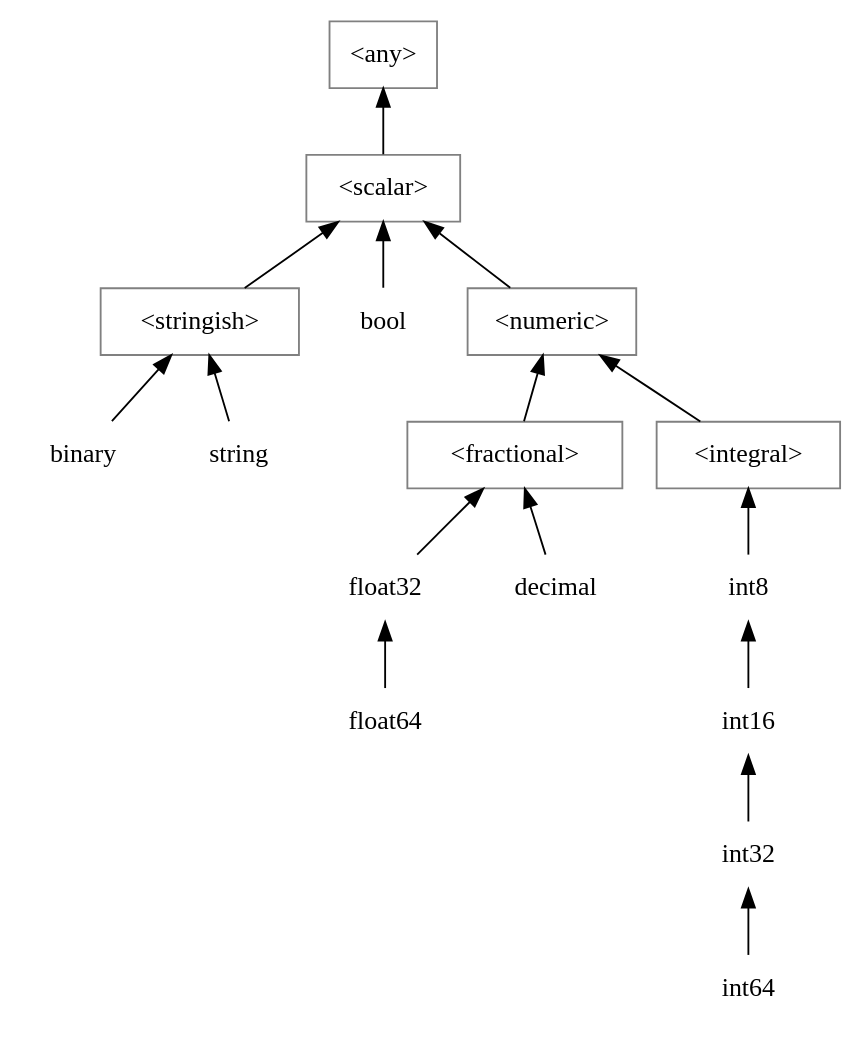
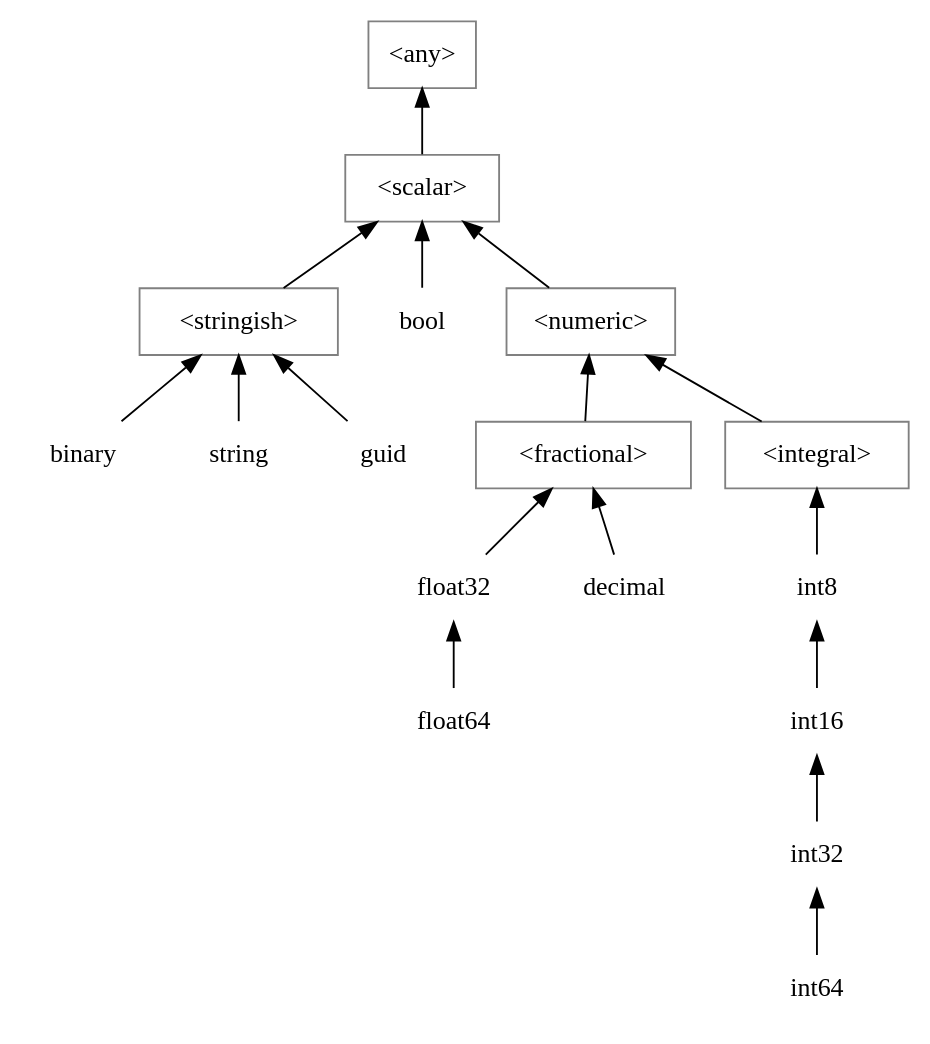
Before and after one commit to fsprojects/Rezoom.SQL: the diagram in doc/Language/TypeHierarchy.gv, drawn with Graphviz. The commit also changed 1 other file, not shown here.

Commit message:
Update type hierarchy to include GUID.

```diff
--- a/doc/Language/TypeHierarchy.gv
+++ b/doc/Language/TypeHierarchy.gv
@@ -1,28 +1,29 @@
 // dot -Tsvg -O TypeHierarchy.gv
 digraph "Type Hierarchy" {
   rankdir=BT
   node[color=none,shape=rectangle,fontname=Consolas]
 
   integral[label="<integral>",color=gray]
   fractional[label="<fractional>",color=gray]
   numeric[label="<numeric>",color=gray]
   stringish[label="<stringish>",color=gray]
   scalar[label="<scalar>",color=gray]
   any[label="<any>",color=gray]
 
   int8 -> integral
   int16 -> int8
   int32 -> int16
   int64 -> int32
   bool -> scalar
   float32 -> fractional
   float64 -> float32
   decimal -> fractional
   binary -> stringish
   string -> stringish
+  guid -> stringish
   stringish -> scalar
   fractional -> numeric
   integral -> numeric
   numeric -> scalar
   scalar -> any
 }
```
